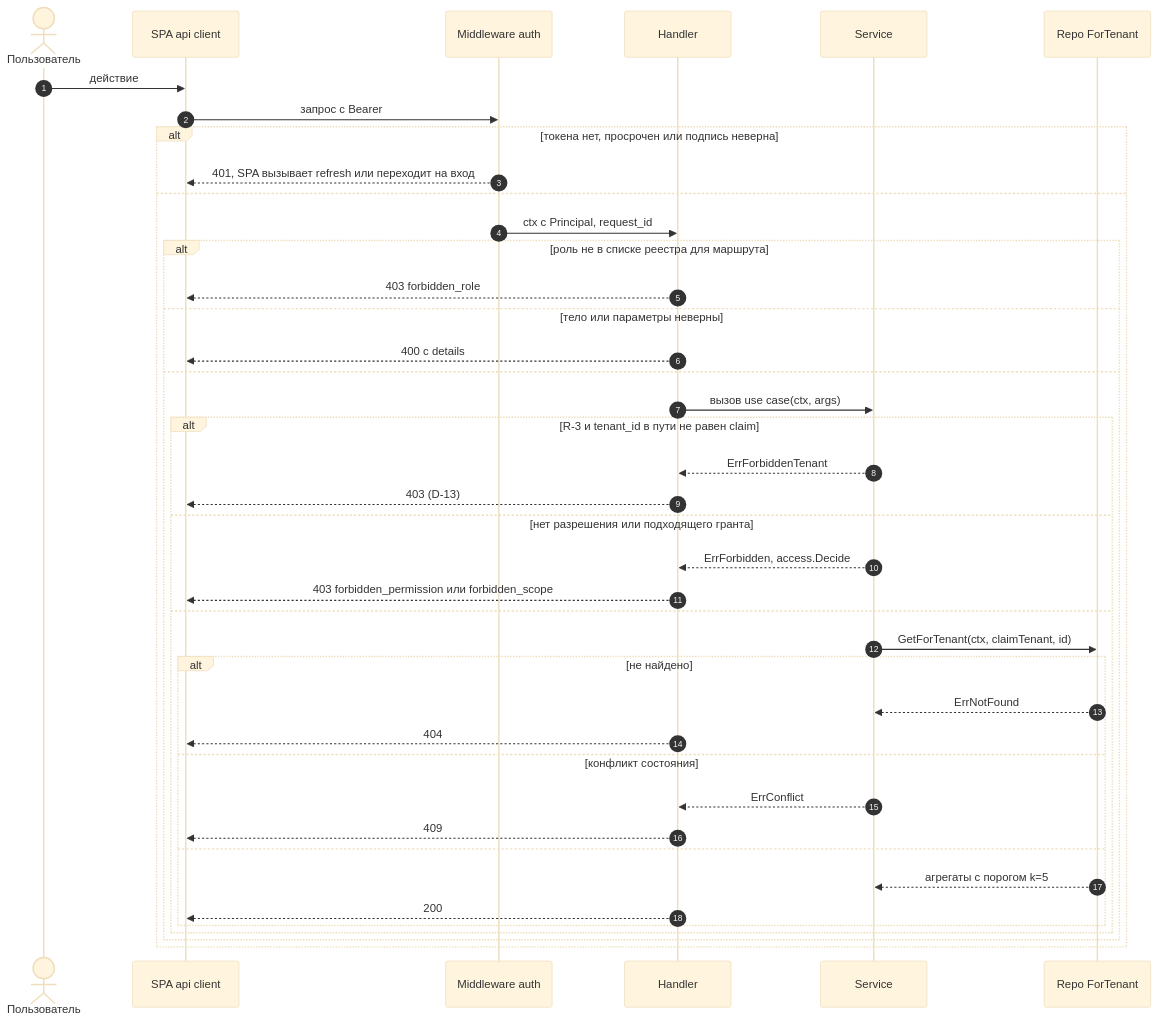
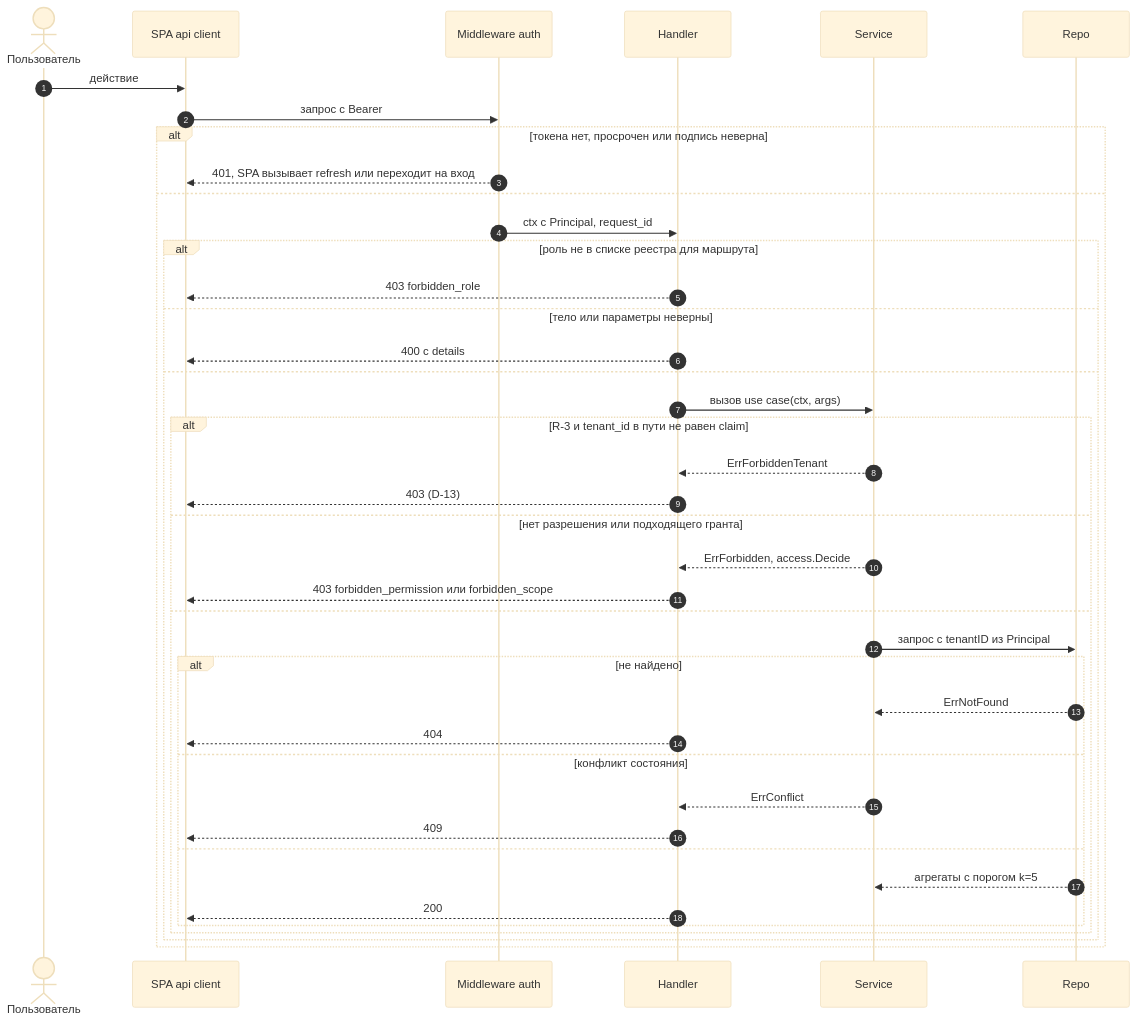
Before and after one commit to MangriMen/UCRP: the seventh of 9 diagrams in docs/design/09-sequence-diagrams.md, drawn with Mermaid (base theme). The commit also changed other lines of this file and 195 other files, not shown here.

````diff
--- a/docs/design/09-sequence-diagrams.md
+++ b/docs/design/09-sequence-diagrams.md
@@ -314,43 +310,43 @@
 ```mermaid
 sequenceDiagram
   autonumber
   actor U as Пользователь
   participant SPA as SPA api client
   participant MW as Middleware auth
   participant H as Handler
   participant S as Service
-  participant R as Repo ForTenant
+  participant R as Repo
   U->>SPA: действие
   SPA->>MW: запрос с Bearer
   alt токена нет, просрочен или подпись неверна
     MW-->>SPA: 401, SPA вызывает refresh или переходит на вход
   else
     MW->>H: ctx с Principal, request_id
     alt роль не в списке реестра для маршрута
       H-->>SPA: 403 forbidden_role
     else тело или параметры неверны
       H-->>SPA: 400 с details
     else
       H->>S: вызов use case(ctx, args)
       alt R-3 и tenant_id в пути не равен claim
         S-->>H: ErrForbiddenTenant
         H-->>SPA: 403 (D-13)
       else нет разрешения или подходящего гранта
         S-->>H: ErrForbidden, access.Decide
         H-->>SPA: 403 forbidden_permission или forbidden_scope
       else
-        S->>R: GetForTenant(ctx, claimTenant, id)
+        S->>R: запрос с tenantID из Principal
         alt не найдено
           R-->>S: ErrNotFound
           H-->>SPA: 404
         else конфликт состояния
           S-->>H: ErrConflict
           H-->>SPA: 409
         else
           R-->>S: агрегаты с порогом k=5
           H-->>SPA: 200
         end
       end
     end
   end
 ```
````
